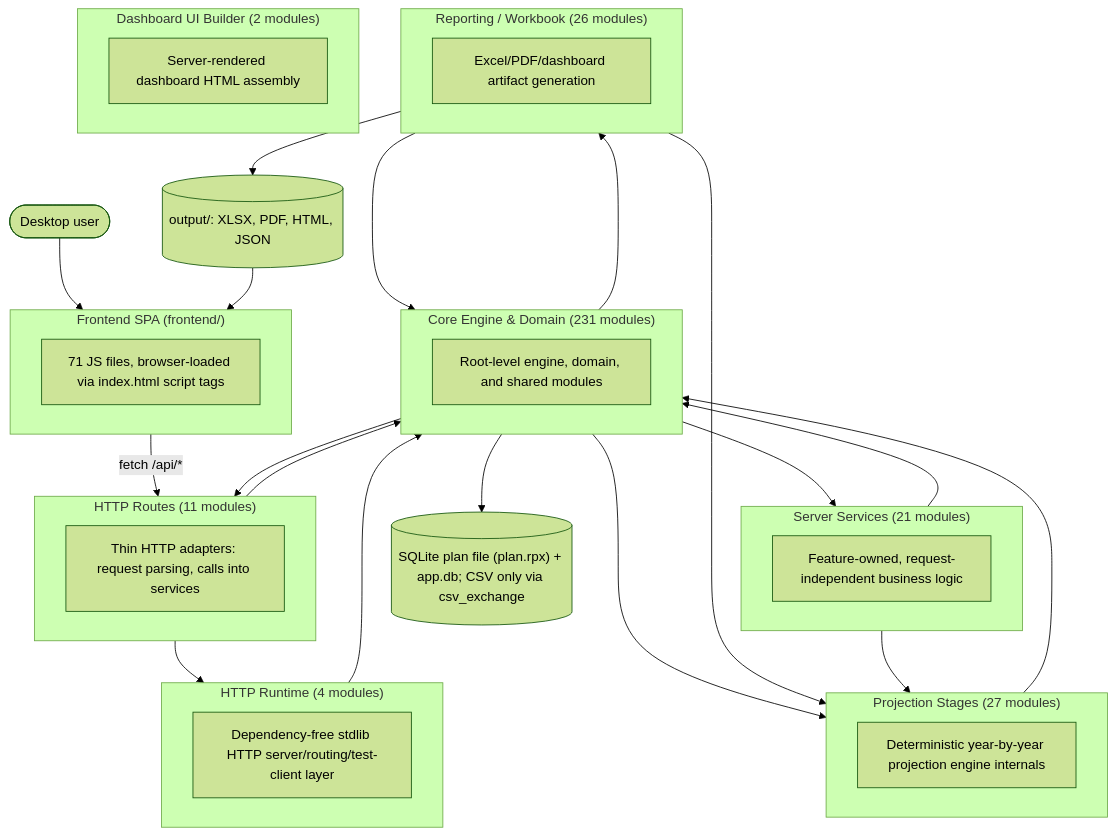
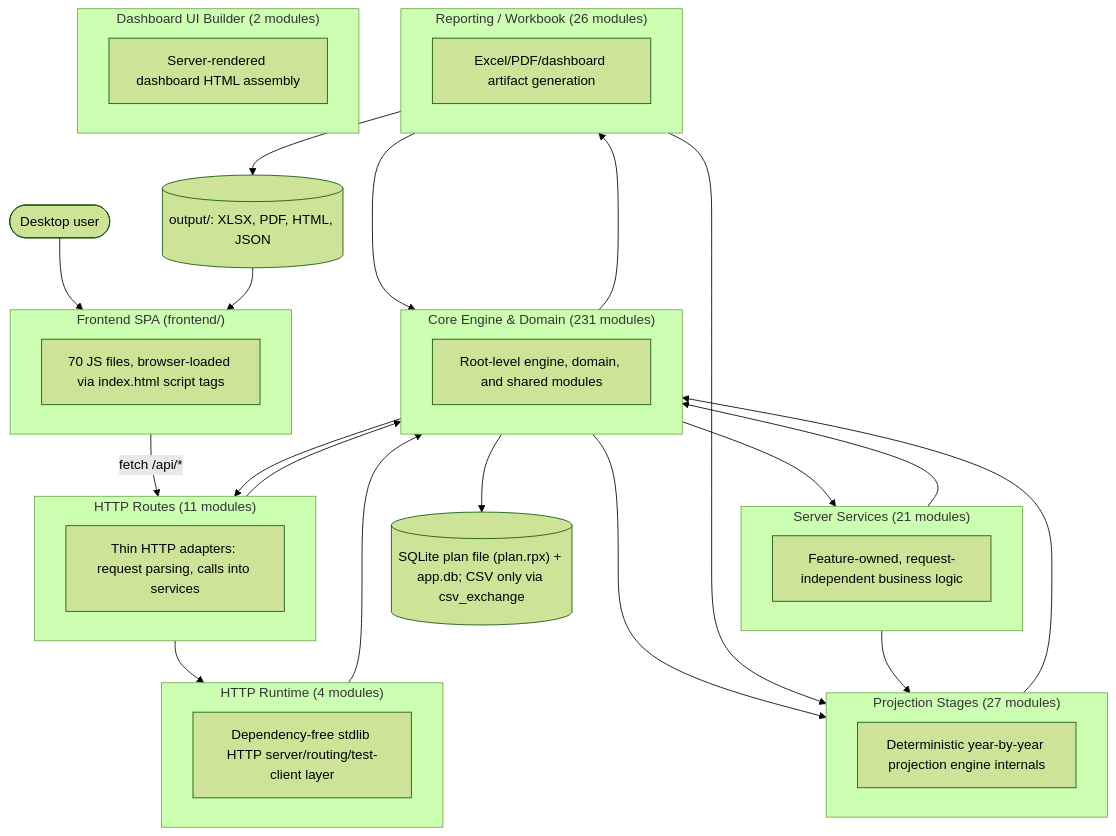
Before and after one commit to matthartzman/retirement_system: the first of 2 diagrams in documentation/reference/SYSTEM_ARCHITECTURE_DIAGRAM.md, drawn with Mermaid (forest theme). The commit also changed other lines of this file and 13 other files, not shown here.

````diff
--- a/documentation/reference/SYSTEM_ARCHITECTURE_DIAGRAM.md
+++ b/documentation/reference/SYSTEM_ARCHITECTURE_DIAGRAM.md
@@ -11,44 +11,44 @@
 ```mermaid
 flowchart TB
     User(["Desktop user"]) --> FE
     subgraph FE["Frontend SPA (frontend/)"]
-        FEcount["71 JS files, browser-loaded via index.html script tags"]
+        FEcount["70 JS files, browser-loaded via index.html script tags"]
     end
     FE -->|fetch /api/*| L_HTTP_Routes
     subgraph L_HTTP_Routes["HTTP Routes (11 modules)"]
         L_HTTP_Routes_d["Thin HTTP adapters: request parsing, calls into services"]
     end
     subgraph L_Server_Services["Server Services (21 modules)"]
         L_Server_Services_d["Feature-owned, request-independent business logic"]
     end
     subgraph L_HTTP_Runtime["HTTP Runtime (4 modules)"]
         L_HTTP_Runtime_d["Dependency-free stdlib HTTP server/routing/test-client layer"]
     end
     subgraph L_Core_Engine___Domain["Core Engine & Domain (231 modules)"]
         L_Core_Engine___Domain_d["Root-level engine, domain, and shared modules"]
     end
     subgraph L_Projection_Stages["Projection Stages (27 modules)"]
         L_Projection_Stages_d["Deterministic year-by-year projection engine internals"]
     end
     subgraph L_Reporting___Workbook["Reporting / Workbook (26 modules)"]
         L_Reporting___Workbook_d["Excel/PDF/dashboard artifact generation"]
     end
     subgraph L_Dashboard_UI_Builder["Dashboard UI Builder (2 modules)"]
         L_Dashboard_UI_Builder_d["Server-rendered dashboard HTML assembly"]
     end
     L_Core_Engine___Domain --> L_HTTP_Routes
     L_Core_Engine___Domain --> L_Projection_Stages
     L_Core_Engine___Domain --> L_Reporting___Workbook
     L_Core_Engine___Domain --> L_Server_Services
     L_HTTP_Routes --> L_Core_Engine___Domain
     L_HTTP_Routes --> L_HTTP_Runtime
     L_HTTP_Runtime --> L_Core_Engine___Domain
     L_Projection_Stages --> L_Core_Engine___Domain
     L_Reporting___Workbook --> L_Core_Engine___Domain
     L_Reporting___Workbook --> L_Projection_Stages
     L_Server_Services --> L_Core_Engine___Domain
     L_Server_Services --> L_Projection_Stages
     L_Core_Engine___Domain --> DB[("SQLite plan file (plan.rpx) + app.db; CSV only via csv_exchange")]
     L_Reporting___Workbook --> Outputs[("output/: XLSX, PDF, HTML, JSON")]
     Outputs --> FE
 ```
````
